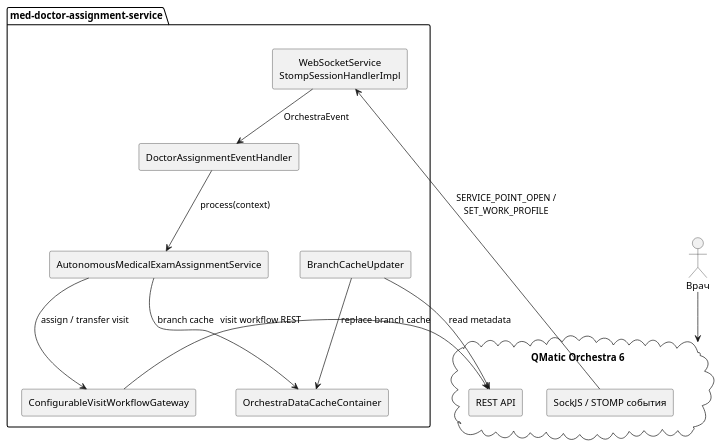
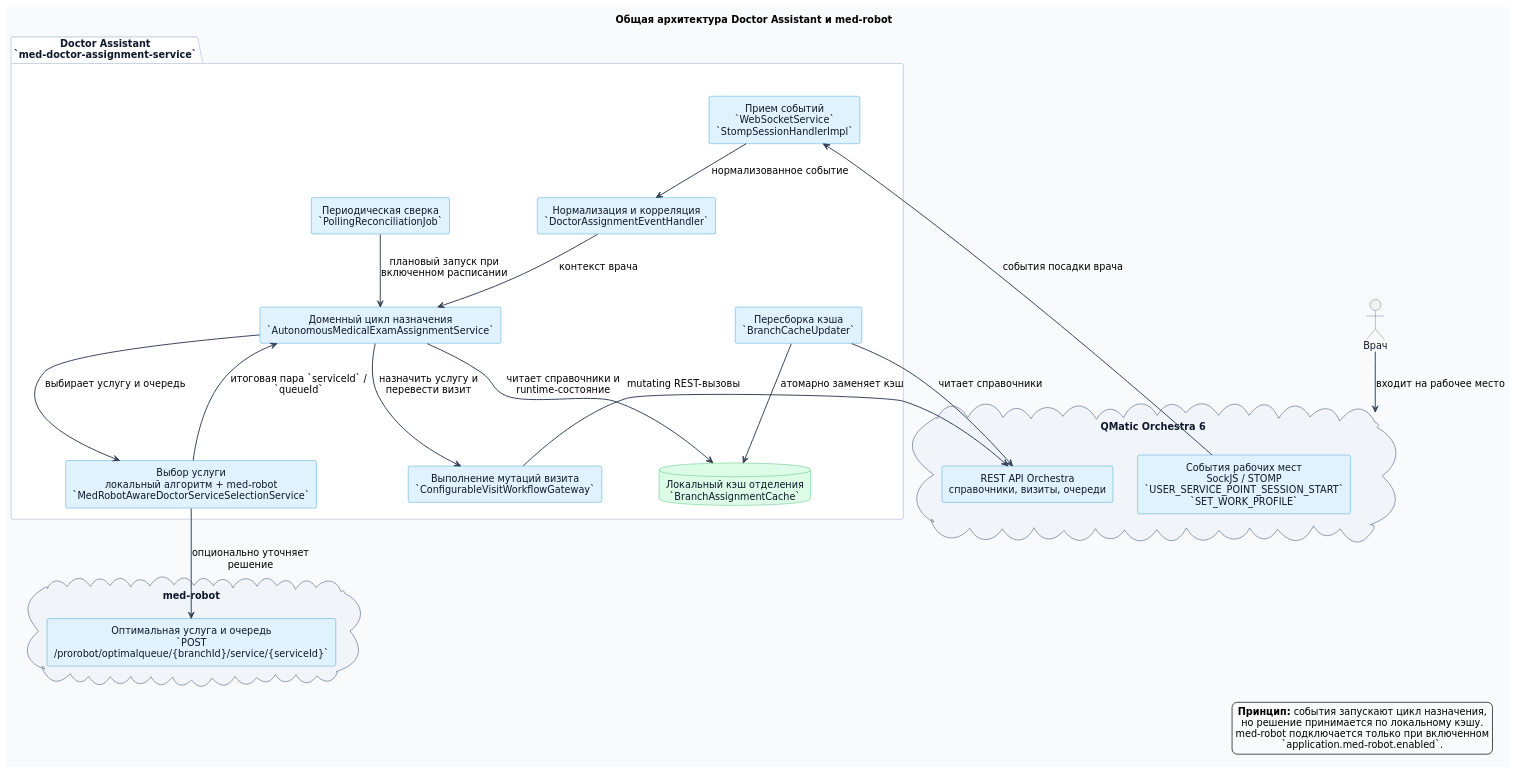
One commit to psokolov25/DoctorAssignment changed the diagram in docs/plantuml/architecture-overview.puml. Above: the diagram before and after it, drawn with PlantUML. The commit also changed 15 other files, not shown here.

```diff
--- a/docs/plantuml/architecture-overview.puml
+++ b/docs/plantuml/architecture-overview.puml
@@ -1,32 +1,83 @@
 @startuml
+' Диаграмма держится в русскоязычном виде: программные имена оставлены только там,
+' где они помогают быстро сопоставить документацию с исходным кодом.
+title Общая архитектура Doctor Assistant и med-robot
+
+skinparam backgroundColor #F8FAFC
+skinparam shadowing false
 skinparam componentStyle rectangle
-skinparam shadowing false
+skinparam defaultFontName "DejaVu Sans"
+skinparam defaultFontSize 14
 skinparam defaultTextAlignment center
-skinparam wrapWidth 220
-skinparam maxMessageSize 180
+skinparam wrapWidth 260
+skinparam maxMessageSize 220
+skinparam ArrowColor #334155
+skinparam ArrowThickness 1.4
+skinparam package {
+  BackgroundColor #FFFFFF
+  BorderColor #CBD5E1
+  FontColor #0F172A
+}
+skinparam component {
+  BackgroundColor #E0F2FE
+  BorderColor #0284C7
+  FontColor #0F172A
+}
+skinparam database {
+  BackgroundColor #DCFCE7
+  BorderColor #16A34A
+  FontColor #0F172A
+}
+skinparam cloud {
+  BackgroundColor #F1F5F9
+  BorderColor #64748B
+  FontColor #0F172A
+}
+skinparam actor {
+  BorderColor #475569
+  FontColor #0F172A
+}
 
 actor "Врач" as Doctor
+
 cloud "QMatic Orchestra 6" as Orchestra {
-  component "REST API" as Rest
-  component "SockJS / STOMP события" as Ws
+  component "События рабочих мест\nSockJS / STOMP\n`USER_SERVICE_POINT_SESSION_START`\n`SET_WORK_PROFILE`" as Events
+  component "REST API Orchestra\nсправочники, визиты, очереди" as OrchestraRest
 }
 
-package "med-doctor-assignment-service" {
-  component "WebSocketService\nStompSessionHandlerImpl" as Websocket
-  component "DoctorAssignmentEventHandler" as EventHandler
-  component "AutonomousMedicalExamAssignmentService" as Assignment
-  component "BranchCacheUpdater" as CacheUpdater
-  component "OrchestraDataCacheContainer" as CacheContainer
-  component "ConfigurableVisitWorkflowGateway" as Workflow
+package "Doctor Assistant\n`med-doctor-assignment-service`" as DoctorAssistant {
+  component "Прием событий\n`WebSocketService`\n`StompSessionHandlerImpl`" as WsClient
+  component "Нормализация и корреляция\n`DoctorAssignmentEventHandler`" as Handler
+  component "Доменный цикл назначения\n`AutonomousMedicalExamAssignmentService`" as Assignment
+  component "Выбор услуги\nлокальный алгоритм + med-robot\n`MedRobotAwareDoctorServiceSelectionService`" as Selector
+  component "Выполнение мутаций визита\n`ConfigurableVisitWorkflowGateway`" as Workflow
+  component "Периодическая сверка\n`PollingReconciliationJob`" as Polling
+  database "Локальный кэш отделения\n`BranchAssignmentCache`" as Cache
+  component "Пересборка кэша\n`BranchCacheUpdater`" as CacheUpdater
 }
 
-Doctor --> Orchestra
-Ws --> Websocket : SERVICE_POINT_OPEN / SET_WORK_PROFILE
-Websocket --> EventHandler : OrchestraEvent
-EventHandler --> Assignment : process(context)
-Assignment --> CacheContainer : branch cache
-Assignment --> Workflow : assign / transfer visit
-CacheUpdater --> Rest : read metadata
-CacheUpdater --> CacheContainer : replace branch cache
-Workflow --> Rest : visit workflow REST
+cloud "med-robot" as MedRobot {
+  component "Оптимальная услуга и очередь\n`POST /prorobot/optimalqueue/{branchId}/service/{serviceId}`" as RobotApi
+}
+
+Doctor --> Orchestra : входит на рабочее место
+Events --> WsClient : события посадки врача
+WsClient --> Handler : нормализованное событие
+Handler --> Assignment : контекст врача
+Polling --> Assignment : плановый запуск при включенном расписании
+Assignment --> Cache : читает справочники и runtime-состояние
+Assignment --> Selector : выбирает услугу и очередь
+Selector --> RobotApi : опционально уточняет решение
+Selector --> Assignment : итоговая пара `serviceId` / `queueId`
+Assignment --> Workflow : назначить услугу и перевести визит
+Workflow --> OrchestraRest : mutating REST-вызовы
+CacheUpdater --> OrchestraRest : читает справочники
+CacheUpdater --> Cache : атомарно заменяет кэш
+
+legend right
+  <b>Принцип:</b> события запускают цикл назначения,
+  но решение принимается по локальному кэшу.
+  med-robot подключается только при включенном
+  `application.med-robot.enabled`.
+endlegend
 @enduml
```
